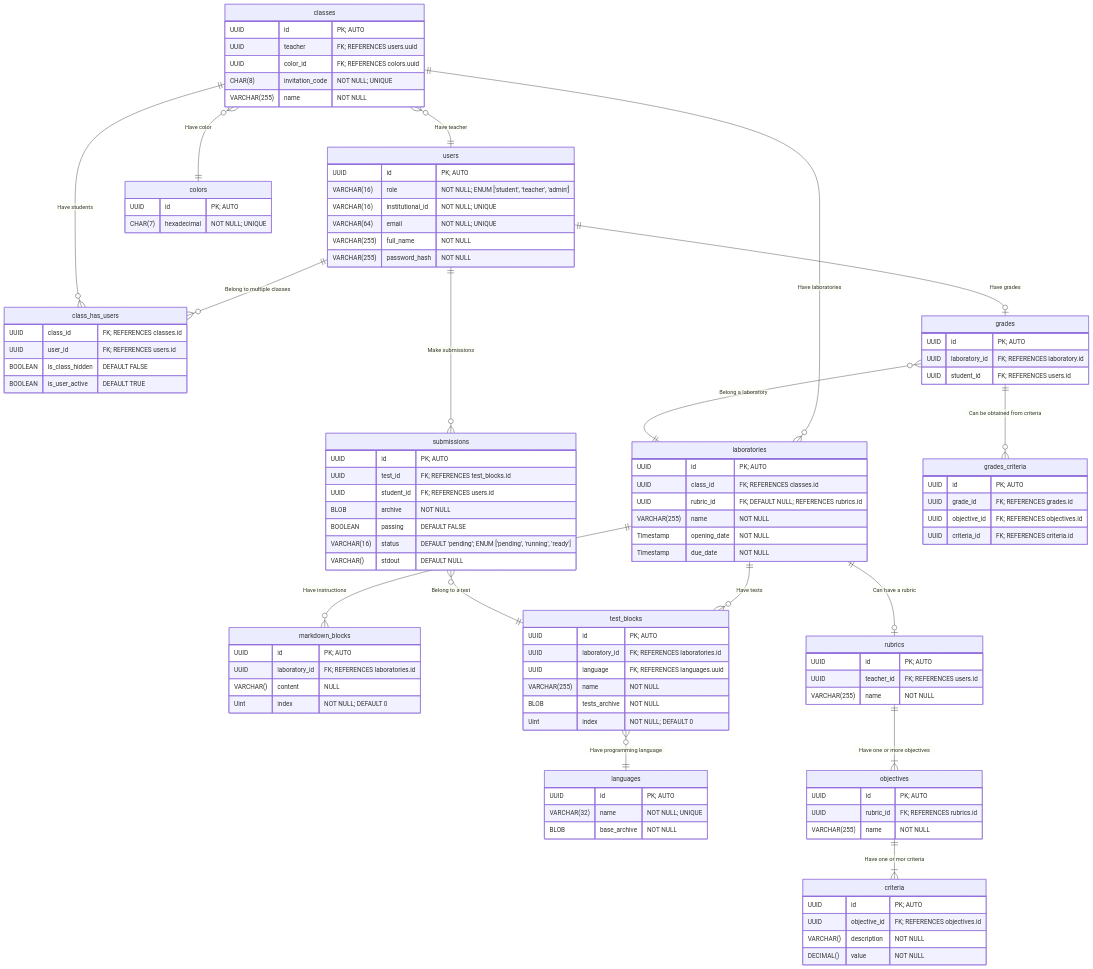
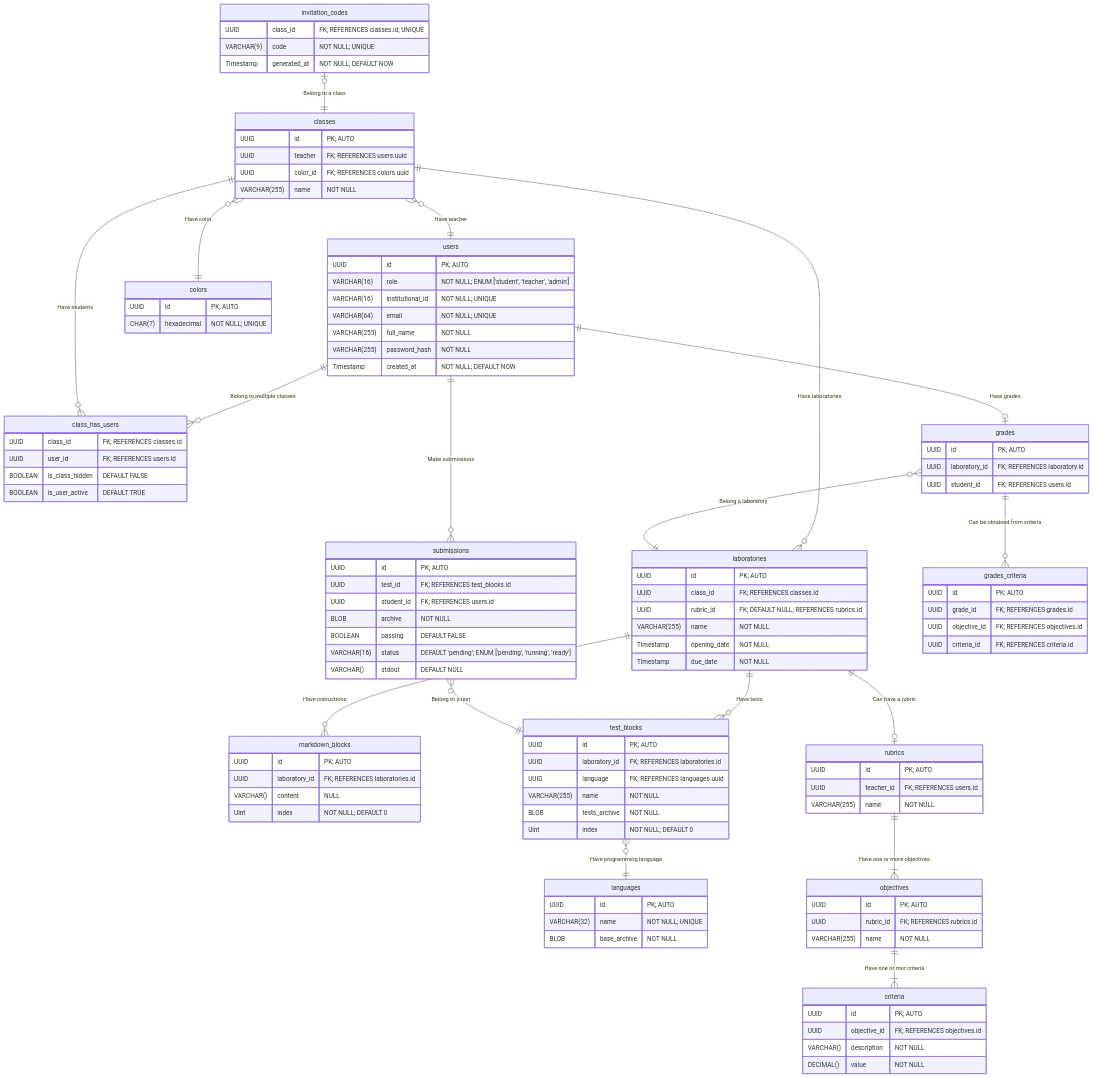
Before and after one commit to upb-code-labs/docs: the diagram in database/diagram.md, drawn with Mermaid.

Commit message:
docs(db): Create separated table for invitation codes

```diff
--- a/database/diagram.md
+++ b/database/diagram.md
@@ -10,6 +10,7 @@
     classes }o--|| colors:              "Have color"
     classes ||--o{ class_has_users:     "Have students"
     classes ||--o{ laboratories:        "Have laboratories"
+    invitation_codes |o--|| classes:    "Belong to a class"
 
     laboratories ||--o{ markdown_blocks:    "Have instructions"
     laboratories ||--o{ test_blocks:        "Have tests"
@@ -31,14 +32,20 @@
         VARCHAR(64)     email               "NOT NULL; UNIQUE"
         VARCHAR(255)    full_name           "NOT NULL"
         VARCHAR(255)    password_hash       "NOT NULL"
+        Timestamp       created_at          "NOT NULL; DEFAULT NOW"
     }
 
     classes {
         UUID            id                  "PK; AUTO"
         UUID            teacher             "FK; REFERENCES users.uuid"
         UUID            color_id            "FK; REFERENCES colors.uuid"
-        CHAR(8)         invitation_code     "NOT NULL; UNIQUE"
         VARCHAR(255)    name                "NOT NULL"
+    }
+
+    invitation_codes {
+        UUID            class_id        "FK; REFERENCES classes.id; UNIQUE"
+        VARCHAR(9)      code            "NOT NULL; UNIQUE"
+        Timestamp       generated_at    "NOT NULL; DEFAULT NOW"
     }
 
     colors {
```
